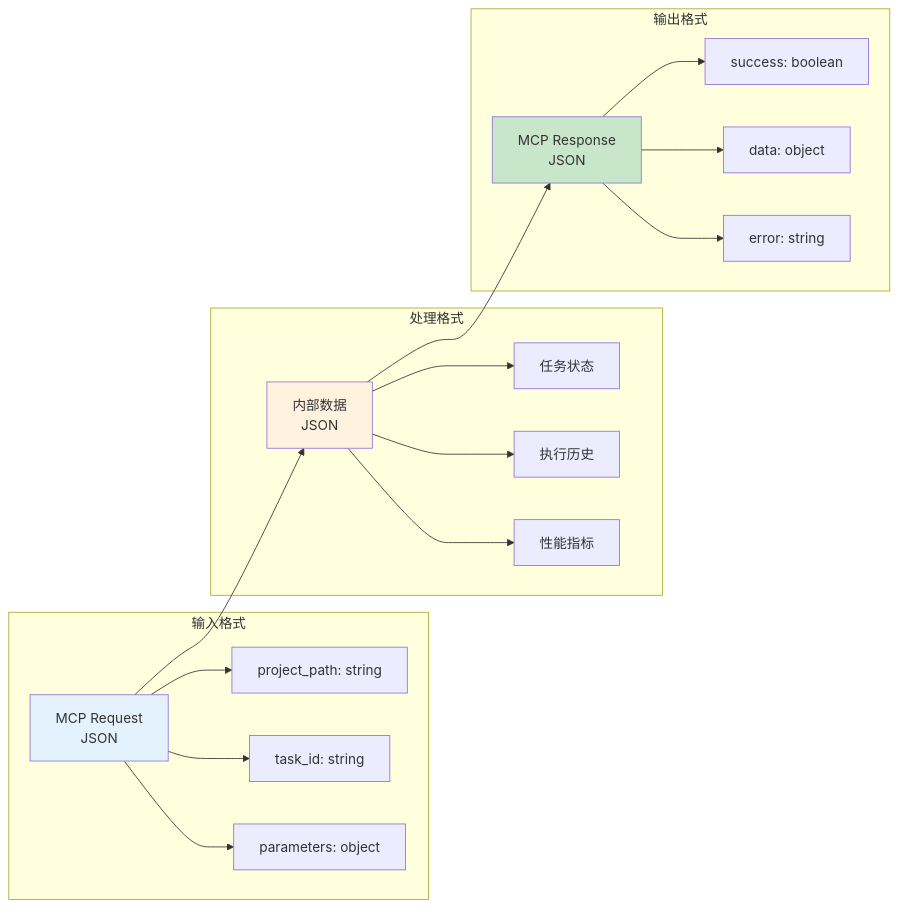
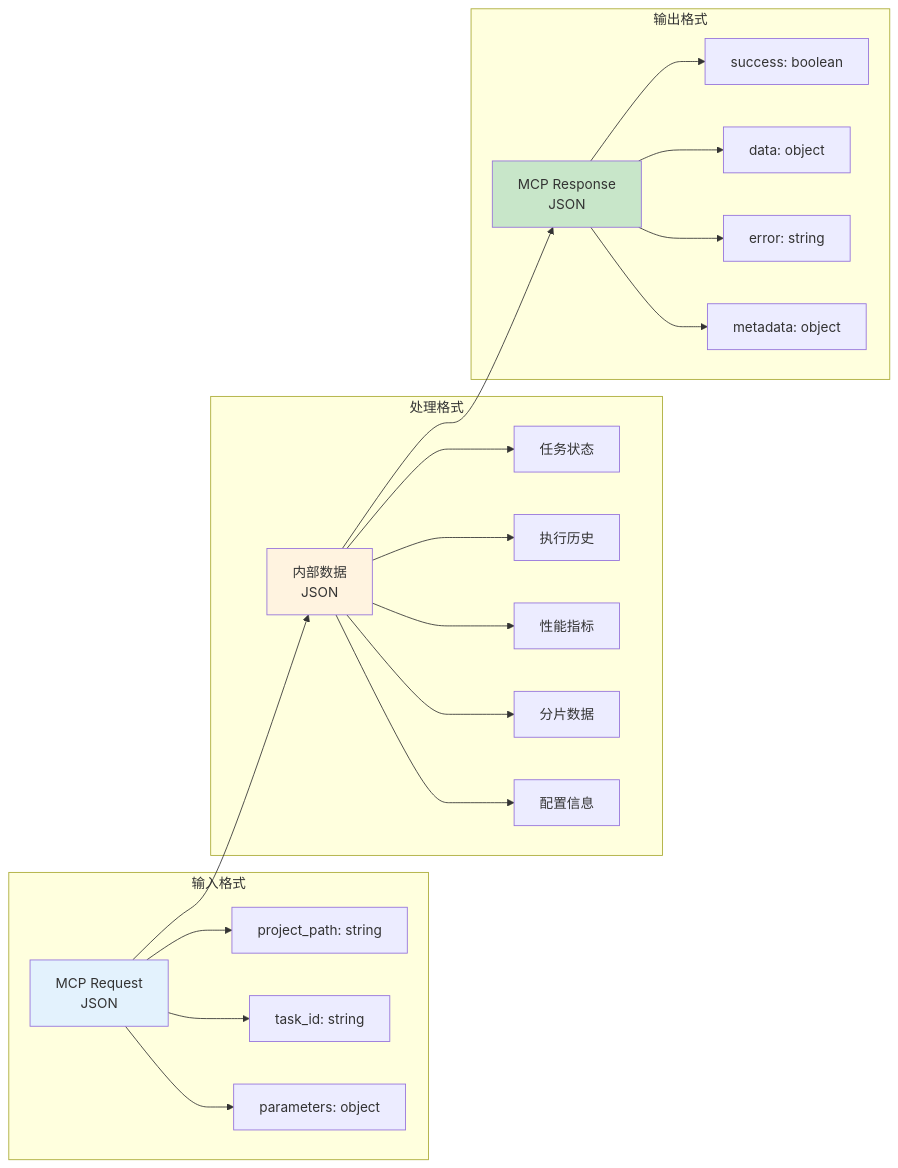
One commit to MGX-LJY/CodeLens changed diagram 11 of 15 in docs/architecture/data-flow.md. Above: the diagram before and after it, drawn with Mermaid. The commit also changed other lines of this file and 36 other files, not shown here.

````diff
--- a/docs/architecture/data-flow.md
+++ b/docs/architecture/data-flow.md
@@ -331,30 +403,33 @@
 ```mermaid
 graph LR
     subgraph "输入格式"
         A[MCP Request<br/>JSON]
         A --> A1[project_path: string]
         A --> A2[task_id: string]
         A --> A3[parameters: object]
     end
     
     subgraph "处理格式"
         B[内部数据<br/>JSON]
         B --> B1[任务状态]
         B --> B2[执行历史]
         B --> B3[性能指标]
+        B --> B4[分片数据]
+        B --> B5[配置信息]
     end
     
     subgraph "输出格式"
         C[MCP Response<br/>JSON]
         C --> C1[success: boolean]
         C --> C2[data: object]
         C --> C3[error: string]
+        C --> C4[metadata: object]
     end
     
     A --> B
     B --> C
     
     style A fill:#e3f2fd
     style B fill:#fff3e0
     style C fill:#c8e6c9
 ```
````
